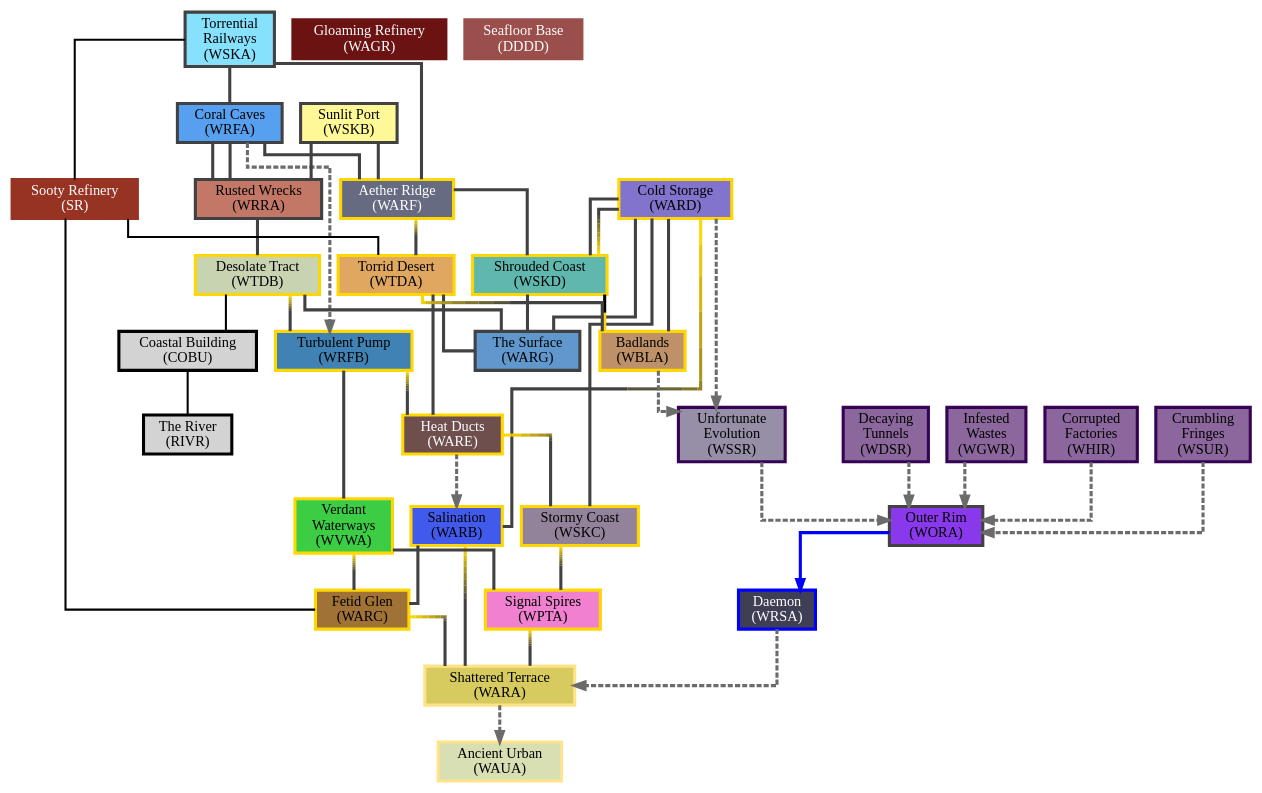
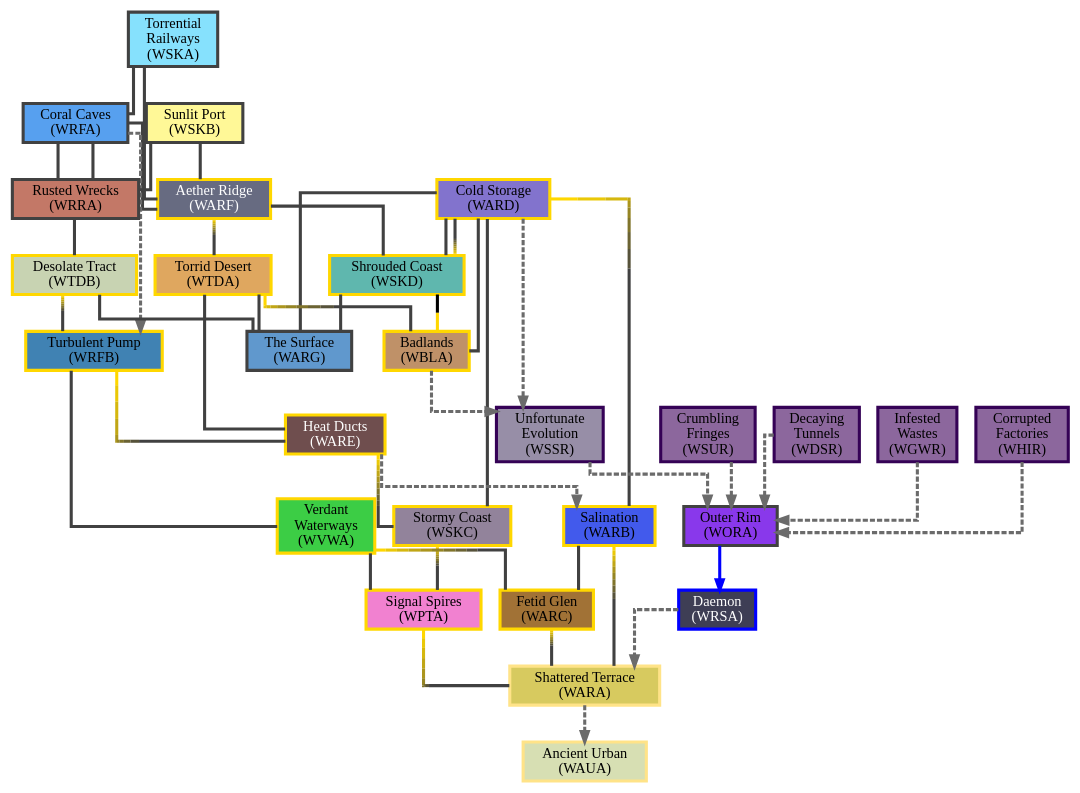
Before and after one commit to vynnyal/RW_MODDED_REGION_MAP: the diagram in watcher_regions.dot, drawn with Graphviz. The commit also changed 6 other files, not shown here.

```diff
--- a/watcher_regions.dot
+++ b/watcher_regions.dot
@@ -1,102 +1,102 @@
 strict digraph G {
     edge[dir=none color="#414141"]
     node[shape=rect style=filled penwidth=3]
     splines=ortho
             //Watcher
 
         WARB [label="Salination\n(WARB)" fillcolor="#425aec" color="gold"]
         WARC [label="Fetid Glen\n(WARC)" fillcolor="#a17236" color="gold"]
         WARD [label="Cold Storage\n(WARD)" fillcolor="#8273cd" color="gold"]
         WARE [label="Heat Ducts\n(WARE)" fillcolor="#6f4e4e" color="gold" fontcolor=white]
         WARF [label="Aether Ridge\n(WARF)" fillcolor="#676b81" color="gold" fontcolor=white]
         WARG [label="The Surface\n(WARG)" fillcolor="#6098cd" color="#414141"]
         WBLA [label="Badlands\n(WBLA)" fillcolor="#bf9168" color="gold"]
         WORA [label="Outer Rim\n(WORA)" fillcolor="#8938eb" color="#414141"]
         WPTA [label="Signal Spires\n(WPTA)" fillcolor="#f181d0" color="gold"]
         WRFA [label="Coral Caves\n(WRFA)" fillcolor="#57a0ef" color="#414141"]
         WRFB [label="Turbulent Pump\n(WRFB)" fillcolor="#4082b3" color="gold"]
         WRRA [label="Rusted Wrecks\n(WRRA)" fillcolor="#c37867" color="#414141"]
         WSKA [label="Torrential\nRailways\n(WSKA)" fillcolor="#86e1fd" color="#414141"]
         WSKB [label="Sunlit Port\n(WSKB)" fillcolor="#fff897" color="#414141"]
         WSKC [label="Stormy Coast\n(WSKC)" fillcolor="#92839b" color="gold"]
         WSKD [label="Shrouded Coast\n(WSKD)" fillcolor="#5fb7ae" color="gold"]
         WTDA [label="Torrid Desert\n(WTDA)" fillcolor="#dfa75f" color="gold"]
         WTDB [label="Desolate Tract\n(WTDB)" fillcolor="#c8d3b2" color="gold"]
         WVWA [label="Verdant\nWaterways\n(WVWA)" fillcolor="#3ccd45" color="gold"]
         WRSA [label="Daemon\n(WRSA)" fillcolor="#3e3e55" color="blue" fontcolor=white]
         WSSR [label="Unfortunate\nEvolution\n(WSSR)" fillcolor="#978ea7" color="#350256"]
         WDSR [label="Decaying\nTunnels\n(WDSR)" fillcolor="#8c679d" color="#350256"]
         WGWR [label="Infested\nWastes\n(WGWR)" fillcolor="#8c679d" color="#350256"]
         WHIR [label="Corrupted\nFactories\n(WHIR)" fillcolor="#8c679d" color="#350256"]
         WSUR [label="Crumbling\nFringes\n(WSUR)" fillcolor="#8c679d" color="#350256"]
         WARA [label="Shattered Terrace\n(WARA)" fillcolor="#d7ca5f" color="#ffe388"]
         WAUA [label="Ancient Urban\n(WAUA)" fillcolor="#d7dfb3" color="#ffe388"]
 
       
 
 // [penwidth=3 dir=forward]
 
         WSKB -> {WARF WRRA} [penwidth=3]
         WSKA -> {WARF WRFA} [penwidth=3]
 
         WRRA -> {WRFA WTDB} [penwidth=3]
 
         WRFA -> {WRRA WARF} [penwidth=3]
             WRFA -> WRFB [penwidth=3 style=dashed dir=forward color="#6B6B6B"]
         WARF -> {WSKD} [penwidth=3]
             WARF -> WTDA [penwidth=3 color="#ffd700;0.05:#eac807;0.05:#d5b70e;0.05:#c0a616;0.05:#ab951d;0.05:#958524;0.05:#80742b;0.05:#6b6333;0.05:#56523a;0.05:#414141"]
 
         WSKD -> {WARG} [penwidth=3]
             WSKD -> {WBLA} [penwidth=3 color="black:gold;0.5"]
             WSKD -> {WARD} [penwidth=3 color="#ffd700;0.05:#eac807;0.05:#d5b70e;0.05:#c0a616;0.05:#ab951d;0.05:#958524;0.05:#80742b;0.05:#6b6333;0.05:#56523a;0.05:#414141"]
             WARD -> WSKD [penwidth=3]
         WTDA -> {WARG WARE} [penwidth=3]
             WTDA -> {WBLA} [penwidth=3 color="#ffd700;0.05:#eac807;0.05:#d5b70e;0.05:#c0a616;0.05:#ab951d;0.05:#958524;0.05:#80742b;0.05:#6b6333;0.05:#56523a;0.05:#414141"]
         WTDB -> {WARG} [penwidth=3]
             WTDB -> WRFB [penwidth=3 color="#ffd700;0.05:#eac807;0.05:#d5b70e;0.05:#c0a616;0.05:#ab951d;0.05:#958524;0.05:#80742b;0.05:#6b6333;0.05:#56523a;0.05:#414141"]
 
         WBLA -> {WARD} [penwidth=3]
             WBLA -> WSSR [penwidth=3 style=dashed dir=forward color="#6B6B6B"]
         WARG -> {WARD} [penwidth=3]
         WRFB -> {WVWA} [penwidth=3]
             WRFB -> WARE [penwidth=3 color="#ffd700;0.05:#eac807;0.05:#d5b70e;0.05:#c0a616;0.05:#ab951d;0.05:#958524;0.05:#80742b;0.05:#6b6333;0.05:#56523a;0.05:#414141"]
 
         WARD -> {WSKC} [penwidth=3]
             WARD -> {WSSR} [penwidth=3 style=dashed dir=forward color="#6B6B6B"]
             WARD -> {WARB} [penwidth=3 color="#ffd700;0.05:#eac807;0.05:#d5b70e;0.05:#c0a616;0.05:#ab951d;0.05:#958524;0.05:#80742b;0.05:#6b6333;0.05:#56523a;0.05:#414141"]
         WARE -> {WSKC} [penwidth=3 color="#ffd700;0.05:#eac807;0.05:#d5b70e;0.05:#c0a616;0.05:#ab951d;0.05:#958524;0.05:#80742b;0.05:#6b6333;0.05:#56523a;0.05:#414141"]
             WARE -> {WARB} [penwidth=3 style=dashed dir=forward color="#6B6B6B"]
 
         WSSR -> {WORA} [penwidth=3 style=dashed dir=forward color="#6B6B6B"]
         WSKC -> {WPTA} [penwidth=3 color="#ffd700;0.05:#eac807;0.05:#d5b70e;0.05:#c0a616;0.05:#ab951d;0.05:#958524;0.05:#80742b;0.05:#6b6333;0.05:#56523a;0.05:#414141"]
         WARB -> {WARA} [penwidth=3 color="#ffd700;0.05:#eac807;0.05:#d5b70e;0.05:#c0a616;0.05:#ab951d;0.05:#958524;0.05:#80742b;0.05:#6b6333;0.05:#56523a;0.05:#414141"]
             WARB -> {WARC} [penwidth=3]
         WVWA -> {WPTA} [penwidth=3]
             WVWA -> {WARC} [penwidth=3 color="#ffd700;0.05:#eac807;0.05:#d5b70e;0.05:#c0a616;0.05:#ab951d;0.05:#958524;0.05:#80742b;0.05:#6b6333;0.05:#56523a;0.05:#414141"]
 
         WPTA -> {WARA} [penwidth=3 color="#ffd700;0.05:#eac807;0.05:#d5b70e;0.05:#c0a616;0.05:#ab951d;0.05:#958524;0.05:#80742b;0.05:#6b6333;0.05:#56523a;0.05:#414141"]
         WARC -> {WARA} [penwidth=3 color="#ffd700;0.05:#eac807;0.05:#d5b70e;0.05:#c0a616;0.05:#ab951d;0.05:#958524;0.05:#80742b;0.05:#6b6333;0.05:#56523a;0.05:#414141"]
 
         WRSA -> {WARA} [penwidth=3 style=dashed dir=forward color="#6B6B6B"]
         WARA -> {WAUA} [penwidth=3 style=dashed dir=forward color="#6B6B6B"]
         
         {WDSR WSUR WHIR WGWR} -> WORA [penwidth=3 style=dashed dir=forward color="#6B6B6B"]
         WORA -> WRSA [penwidth=3 dir=forward color=blue]
 
     //Watcher+
-        edge[dir=none penwidth=2 color=black]
-        WAGR [label="Gloaming Refinery\n(WAGR)" color="#6b1313" fontcolor="#ffffff"]
-        DDDD [label="Seafloor Base\n(DDDD)" color="#9b4f4c" fontcolor="#ffffff"]
+        // edge[dir=none penwidth=2 color=black]
+        // WAGR [label="Gloaming Refinery\n(WAGR)" color="#6b1313" fontcolor="#ffffff"]
+        // DDDD [label="Seafloor Base\n(DDDD)" color="#9b4f4c" fontcolor="#ffffff"]
 
-        //Dreamscape Expansion
-        RIVR [label="The River\n(RIVR)" color=""]
-        COBU [label="Coastal Building\n(COBU)" color=""]
-        WTDB -> COBU -> RIVR
+        // //Dreamscape Expansion
+        // RIVR [label="The River\n(RIVR)" color=""]
+        // COBU [label="Coastal Building\n(COBU)" color=""]
+        // WTDB -> COBU -> RIVR
 
-        SR [label ="Sooty Refinery\n(SR)" color="#973323" fontcolor="#ffffff"]
-        WSKA -> SR
-        SR -> {WARC WTDA}
+        // SR [label ="Sooty Refinery\n(SR)" color="#973323" fontcolor="#ffffff"]
+        // WSKA -> SR
+        // SR -> {WARC WTDA}
 
 
 
 }
```
